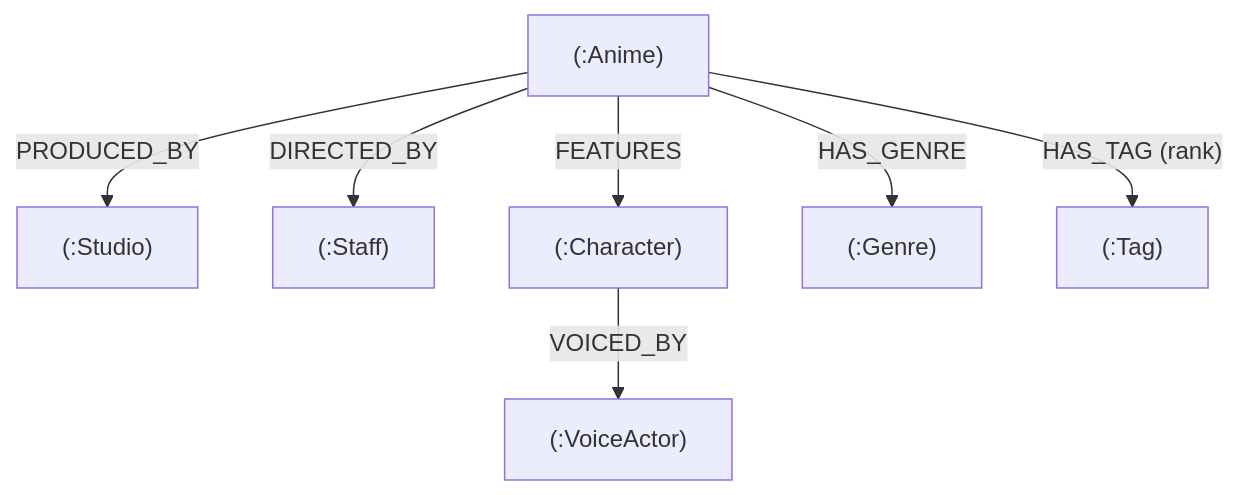
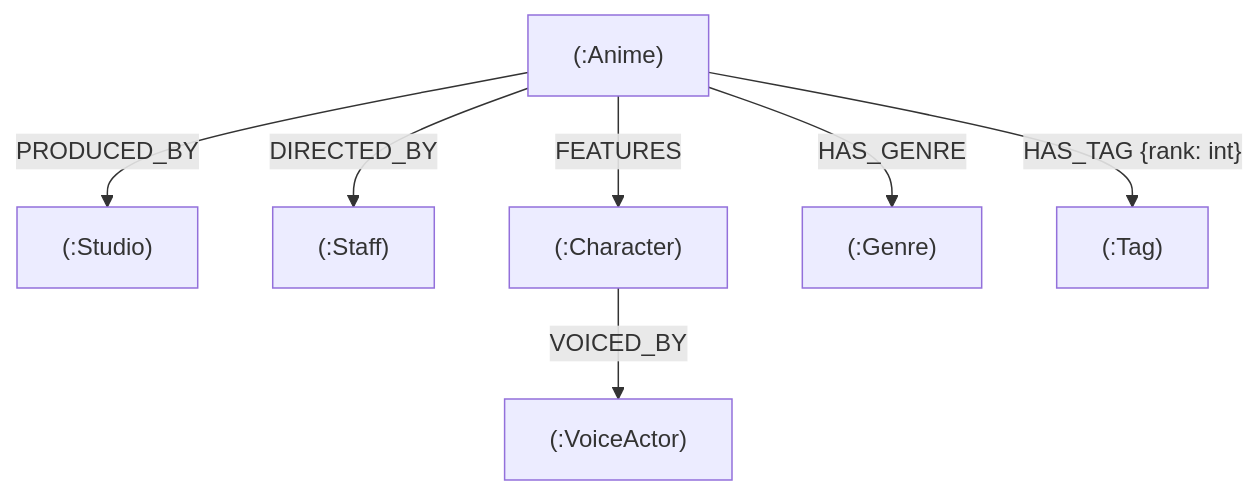
Before and after one commit to Tiru0067/anigraph: the diagram in README.md, drawn with Mermaid. The commit also changed other lines of this file and 4 other files, not shown here.

````diff
--- a/README.md
+++ b/README.md
@@ -65,17 +78,17 @@
 ```mermaid
 graph TD
     Anime["(:Anime)"]
     Studio["(:Studio)"]
     Staff["(:Staff)"]
     Character["(:Character)"]
     VoiceActor["(:VoiceActor)"]
     Genre["(:Genre)"]
     Tag["(:Tag)"]
 
     Anime -->|PRODUCED_BY| Studio
     Anime -->|DIRECTED_BY| Staff
     Anime -->|HAS_GENRE| Genre
-    Anime -->|"HAS_TAG (rank)"| Tag
+    Anime -->|"HAS_TAG {rank: int}"| Tag
     Anime -->|FEATURES| Character
     Character -->|VOICED_BY| VoiceActor
 ```
````
